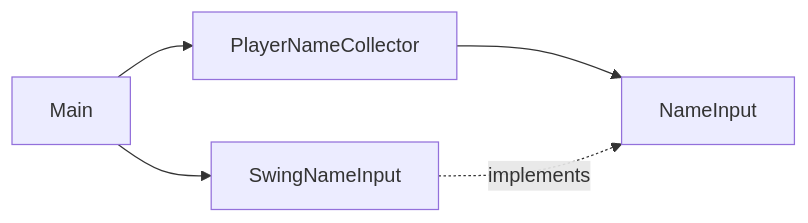
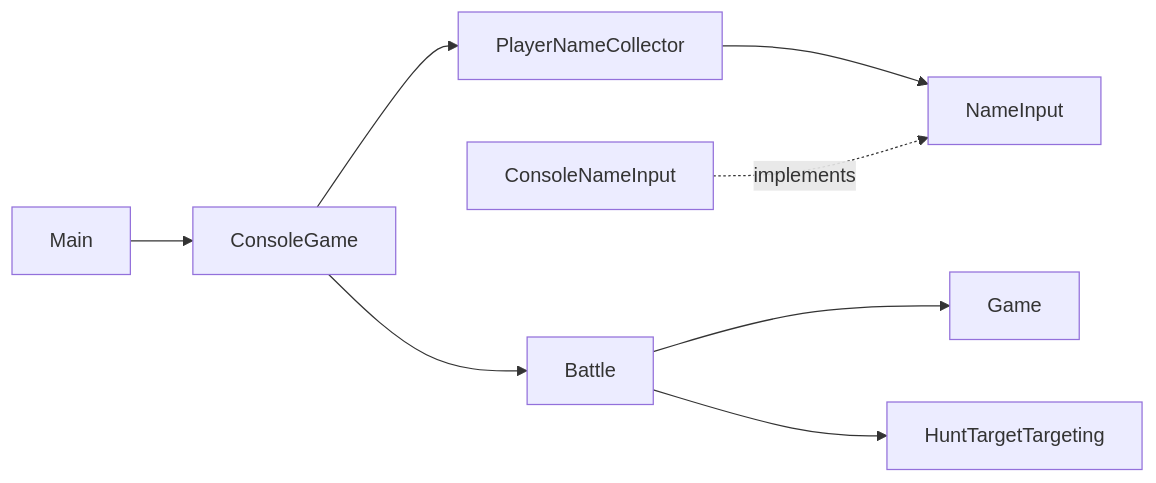
One commit to manosliod/battleship changed the diagram in docs/architecture.md. Above: the diagram before and after it, drawn with Mermaid. The commit also changed other lines of this file and 21 other files, not shown here.

````diff
--- a/docs/architecture.md
+++ b/docs/architecture.md
@@ -5,7 +5,10 @@
 ```mermaid
 flowchart LR
-    Main --> PlayerNameCollector
+    Main --> ConsoleGame
+    ConsoleGame --> PlayerNameCollector
     PlayerNameCollector --> NameInput
-    SwingNameInput -.implements.-> NameInput
-    Main --> SwingNameInput
+    ConsoleNameInput -.implements.-> NameInput
+    ConsoleGame --> Battle
+    Battle --> Game
+    Battle --> HuntTargetTargeting
 ```
````
